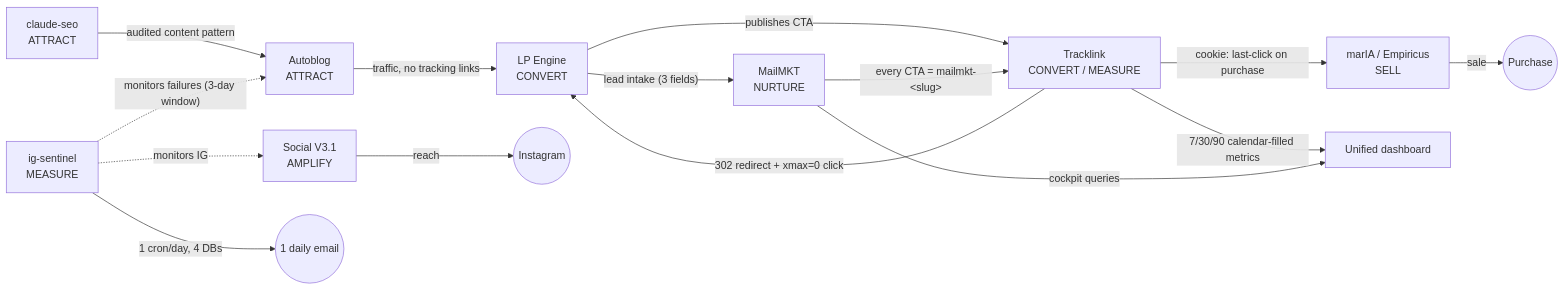
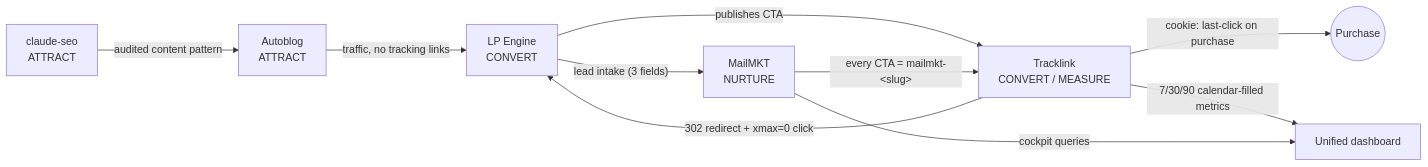
The diagram in docs/HOW-THE-PIECES-COMMUNICATE.md (luisroquette/marketing-4.0-superpack), drawn with Mermaid before and after one commit. The commit also changed other lines of this file and 2 other files, not shown here.

Commit message:
revisão de escopo: pack = 5 peças/4 estágios — removidos marIA, Social Machine V3.1 e ig-sentinel; nome 'Empiricus' eliminado de todo o material público (é marca); diagrama e JSON atualizados

````diff
--- a/docs/HOW-THE-PIECES-COMMUNICATE.md
+++ b/docs/HOW-THE-PIECES-COMMUNICATE.md
@@ -7,17 +7,12 @@
 ```mermaid
 flowchart LR
     SEO["claude-seo<br/>ATTRACT"] -->|"audited content pattern"| BLOG["Autoblog<br/>ATTRACT"]
     BLOG -->|"traffic, no tracking links"| LP["LP Engine<br/>CONVERT"]
     LP -->|"publishes CTA"| TK["Tracklink<br/>CONVERT / MEASURE"]
     TK -->|"302 redirect + xmax=0 click"| LP
     LP -->|"lead intake (3 fields)"| MK["MailMKT<br/>NURTURE"]
     MK -->|"every CTA = mailmkt-&lt;slug&gt;"| TK
-    TK -->|"cookie: last-click on purchase"| MARIA["marIA / Empiricus<br/>SELL"]
-    MARIA -->|"sale"| VENDA(("Purchase"))
-    V31["Social V3.1<br/>AMPLIFY"] -->|"reach"| IG(("Instagram"))
-    SENT["ig-sentinel<br/>MEASURE"] -->|"1 cron/day, 4 DBs"| MAIL(("1 daily email"))
-    SENT -.->|"monitors failures (3-day window)"| BLOG
-    SENT -.->|"monitors IG"| V31
+    TK -->|"cookie: last-click on purchase"| PURCHASE(("Purchase"))
     TK -->|"7/30/90 calendar-filled metrics"| DASH["Unified dashboard"]
     MK -->|"cockpit queries"| DASH
 ```
````
